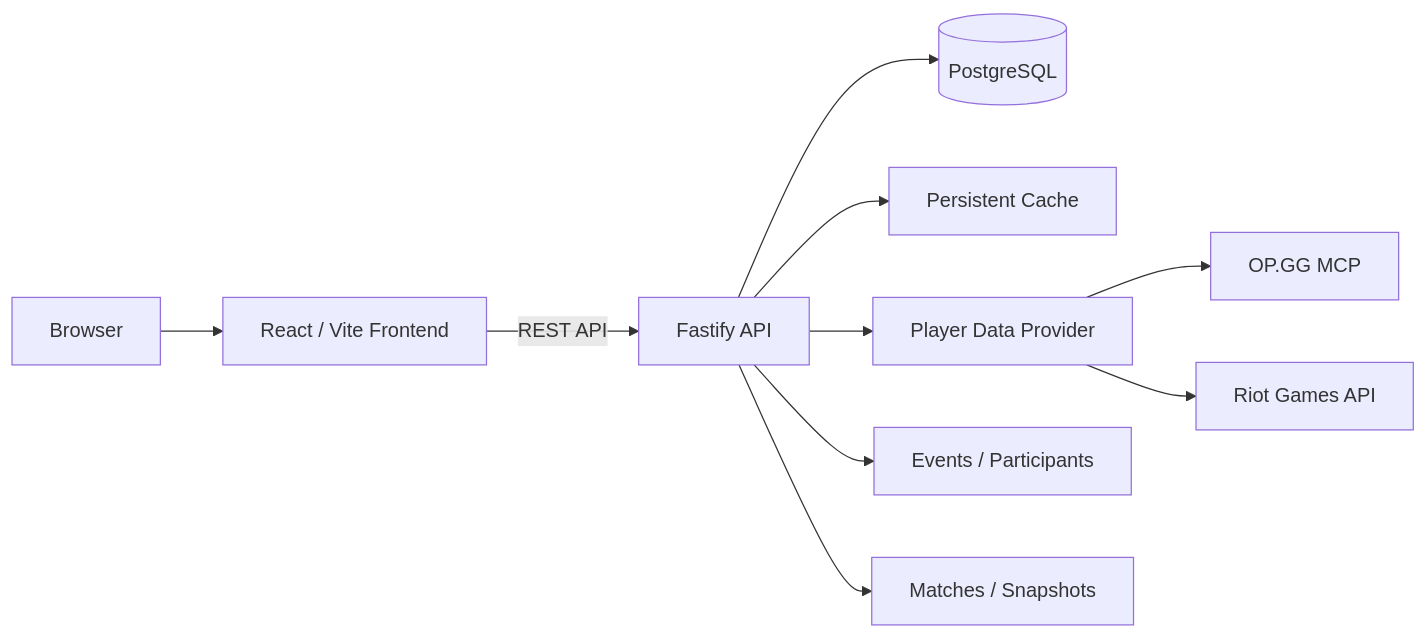
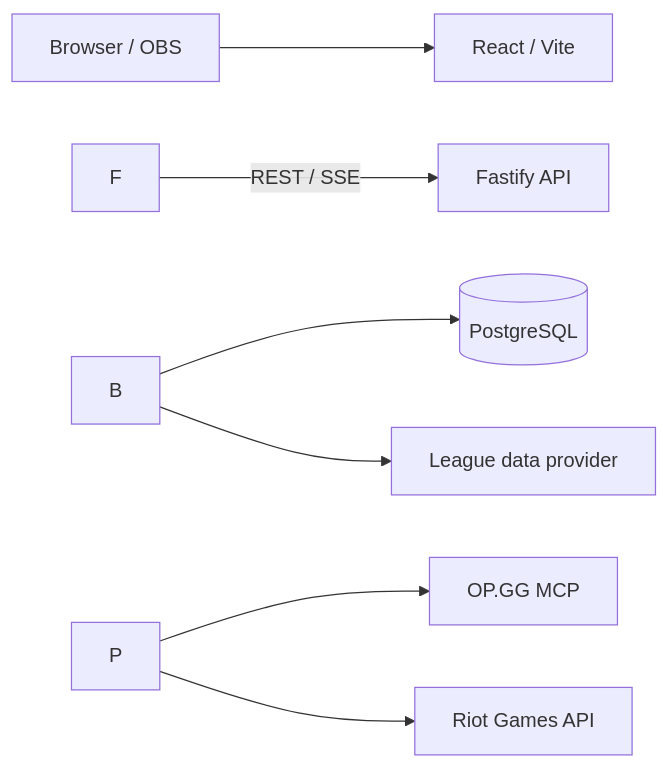
The diagram in README.md (Sysadminfromhell/LP-Tracker), drawn with Mermaid before and after one commit. The commit also changed other lines of this file, not shown here.

````diff
--- a/README.md
+++ b/README.md
@@ -54,15 +40,9 @@
 ```mermaid
 flowchart LR
-    U[Browser] --> W[React / Vite Frontend]
-    W -->|REST API| A[Fastify API]
-
-    A --> DB[(PostgreSQL)]
-    A --> C[Persistent Cache]
-    A --> P[Player Data Provider]
-
-    P --> O[OP.GG MCP]
-    P --> R[Riot Games API]
-
-    A --> E[Events / Participants]
-    A --> M[Matches / Snapshots]
+    U\[Browser / OBS] --> F\[React / Vite]
+    F -->|REST / SSE| B\[Fastify API]
+    B --> D\[(PostgreSQL)]
+    B --> P\[League data provider]
+    P --> O\[OP.GG MCP]
+    P --> R\[Riot Games API]
 ```
````
